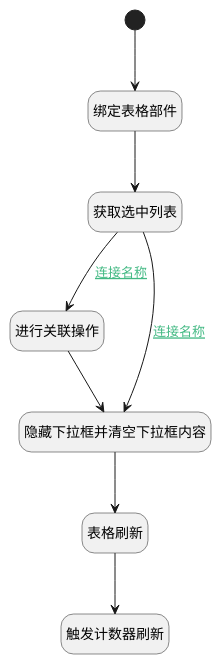
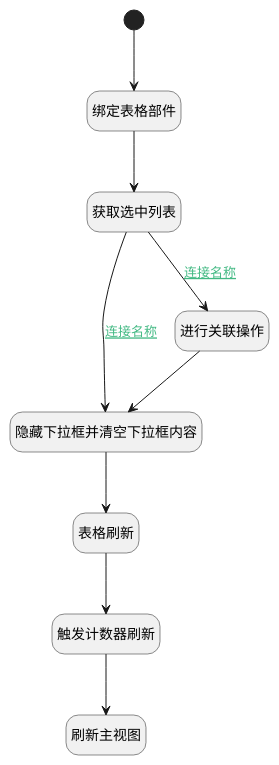
The diagram in doc/docsify/module/ProdMgmt/customer/uilogic/idea_relation_customer.md (iBizLab/plm), drawn with PlantUML before and after one commit. The commit also changed other lines of this file and 2688 other files, not shown here.

````diff
--- a/doc/docsify/module/ProdMgmt/customer/uilogic/idea_relation_customer.md
+++ b/doc/docsify/module/ProdMgmt/customer/uilogic/idea_relation_customer.md
@@ -7,30 +7,32 @@
 ```plantuml
 @startuml
 hide footbox
 <style>
 root {
   HyperlinkColor #42b983
 }
 </style>
 
 hide empty description
 state "开始" as Begin <<start>> [[$./idea_relation_customer#begin {开始}]]
+state "绑定表格部件" as PREPAREJSPARAM1  [[$./idea_relation_customer#preparejsparam1 {绑定表格部件}]]
+state "获取选中列表" as RAWJSCODE2  [[$./idea_relation_customer#rawjscode2 {获取选中列表}]]
+state "隐藏下拉框并清空下拉框内容" as RAWJSCODE1  [[$./idea_relation_customer#rawjscode1 {隐藏下拉框并清空下拉框内容}]]
 state "表格刷新" as VIEWCTRLINVOKE1  [[$./idea_relation_customer#viewctrlinvoke1 {表格刷新}]]
 state "触发计数器刷新" as RAWJSCODE3  [[$./idea_relation_customer#rawjscode3 {触发计数器刷新}]]
+state "刷新主视图" as RAWJSCODE4  [[$./idea_relation_customer#rawjscode4 {刷新主视图}]]
 state "进行关联操作" as DEACTION1  [[$./idea_relation_customer#deaction1 {进行关联操作}]]
-state "获取选中列表" as RAWJSCODE2  [[$./idea_relation_customer#rawjscode2 {获取选中列表}]]
-state "隐藏下拉框并清空下拉框内容" as RAWJSCODE1  [[$./idea_relation_customer#rawjscode1 {隐藏下拉框并清空下拉框内容}]]
-state "绑定表格部件" as PREPAREJSPARAM1  [[$./idea_relation_customer#preparejsparam1 {绑定表格部件}]]
 
 
 Begin --> PREPAREJSPARAM1
 PREPAREJSPARAM1 --> RAWJSCODE2
 RAWJSCODE2 --> DEACTION1 : [[$./idea_relation_customer#rawjscode2-deaction1{连接名称} 连接名称]]
 DEACTION1 --> RAWJSCODE1
 RAWJSCODE1 --> VIEWCTRLINVOKE1
 VIEWCTRLINVOKE1 --> RAWJSCODE3
+RAWJSCODE3 --> RAWJSCODE4
 RAWJSCODE2 --> RAWJSCODE1 : [[$./idea_relation_customer#rawjscode2-rawjscode1{连接名称} 连接名称]]
 
 
 @enduml
 ```
````
